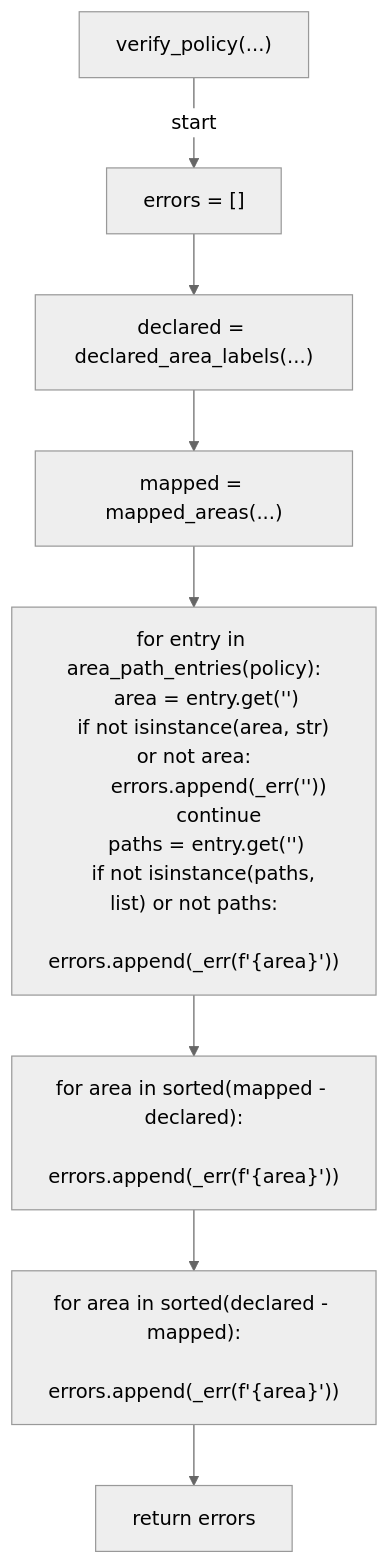
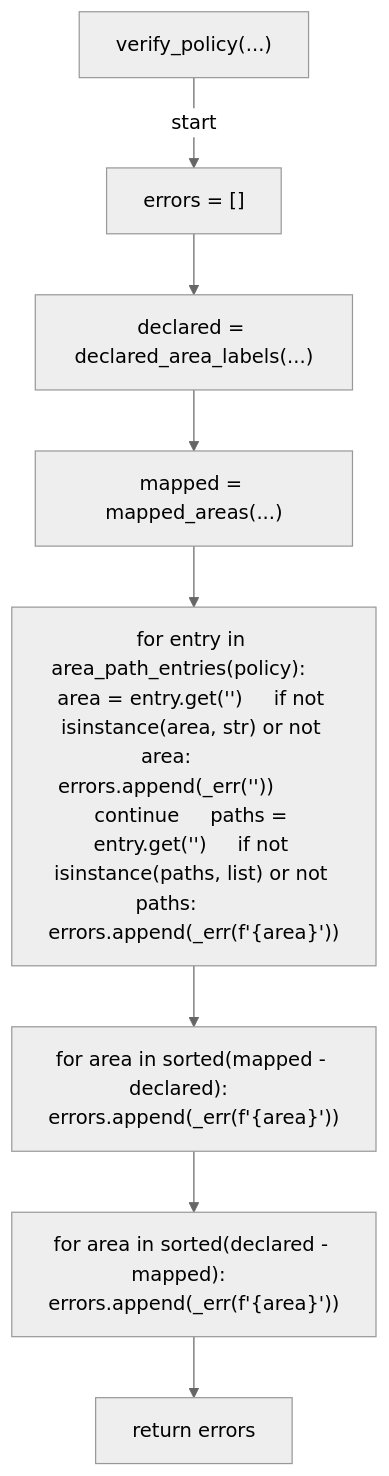
The ninth of 12 diagrams in docs/generated/scripts/ast/scan_area_path_coverage.md (tvna/claude-md), drawn with Mermaid (neutral theme) before and after one commit. The commit also changed other lines of this file and 29 other files, not shown here.

First line of the commit message:
docs(generated): regenerate decision tree and workflow diagrams (batch 3/5)

````diff
--- a/docs/generated/scripts/ast/scan_area_path_coverage.md
+++ b/docs/generated/scripts/ast/scan_area_path_coverage.md
@@ -101,27 +97,18 @@
 ```mermaid
 flowchart TD
     N001["verify_policy(...)"]
     N002["errors = []"]
     N003["declared = declared_area_labels(...)"]
     N004["mapped = mapped_areas(...)"]
-    N005["for entry in area_path_entries(policy):
-    area = entry.get('<str>')
-    if not isinstance(area, str) or not area:
-        errors.append(_err('<str>'))
-        continue
-    paths = entry.get('<str>')
-    if not isinstance(paths, list) or not paths:
-        errors.append(_err(f'<str>{area}<str>'))"]
-    N006["for area in sorted(mapped - declared):
-    errors.append(_err(f'<str>{area}<str>'))"]
-    N007["for area in sorted(declared - mapped):
-    errors.append(_err(f'<str>{area}<str>'))"]
+    N005["for entry in area_path_entries(policy):     area = entry.get('<str>')     if not isinstance(area, str) or not area:         errors.append(_err('<str>'))         continue     paths = entry.get('<str>')     if not isinstance(paths, list) or not paths:         errors.append(_err(f'<str>{area}<str>'))"]
+    N006["for area in sorted(mapped - declared):     errors.append(_err(f'<str>{area}<str>'))"]
+    N007["for area in sorted(declared - mapped):     errors.append(_err(f'<str>{area}<str>'))"]
     N008["return errors"]
     N001 -->|"start"| N002
     N002 --> N003
     N003 --> N004
     N004 --> N005
     N005 --> N006
     N006 --> N007
     N007 --> N008
 ```
````
